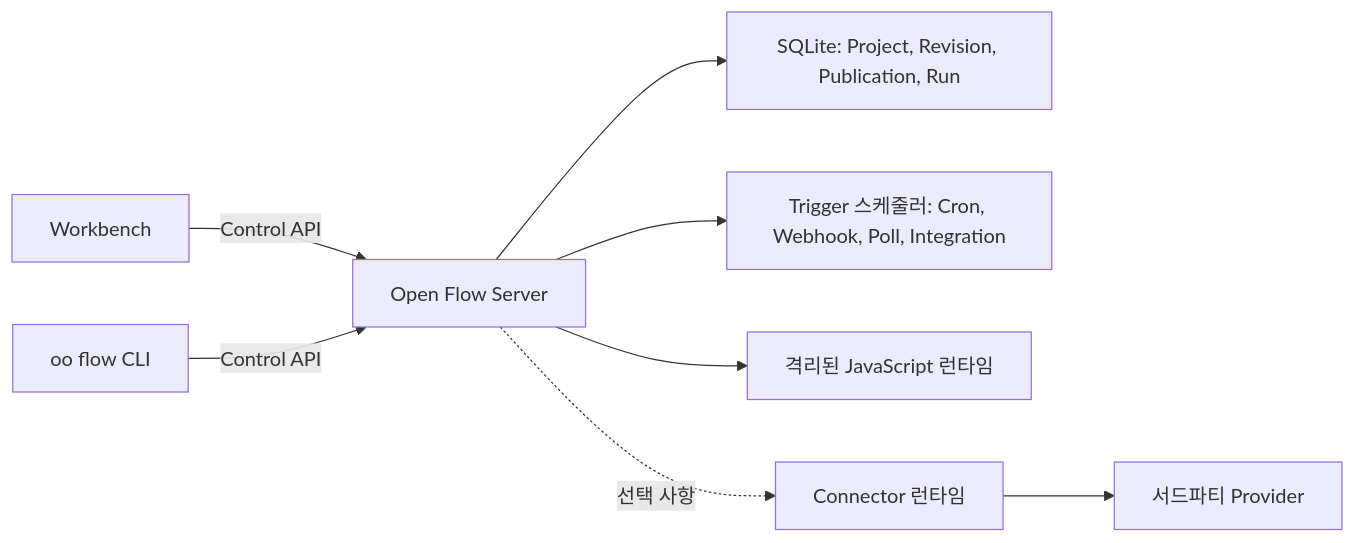
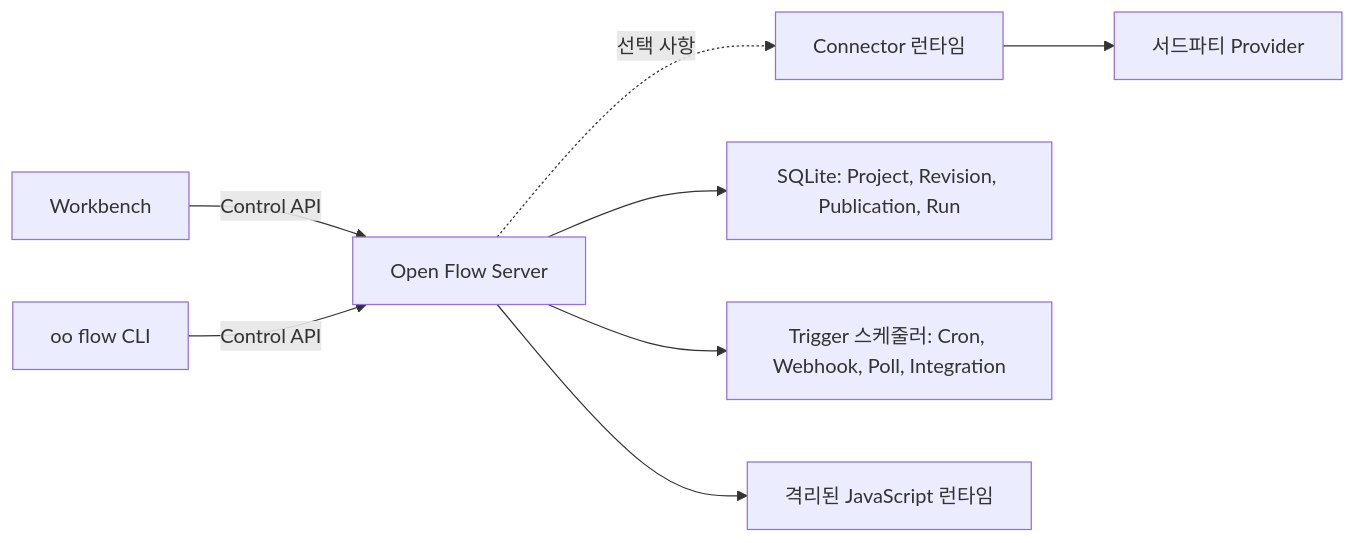
The diagram in docs/README.ko.md (l1shen/open-flow-oomo-lab), drawn with Mermaid before and after one commit. The commit also changed other lines of this file and 6 other files, not shown here.

First line of the commit message:
Fix README architecture diagram layout (#19)

````diff
--- a/docs/README.ko.md
+++ b/docs/README.ko.md
@@ -54,10 +54,10 @@
 ```mermaid
 flowchart LR
   Workbench["Workbench"] -->|"Control API"| Server["Open Flow Server"]
   CLI["oo flow CLI"] -->|"Control API"| Server
+  Server -. "선택 사항" .-> Connector["Connector 런타임"]
+  Connector --> Providers["서드파티 Provider"]
   Server --> Store["SQLite: Project, Revision, Publication, Run"]
   Server --> Triggers["Trigger 스케줄러: Cron, Webhook, Poll, Integration"]
   Server --> Runtime["격리된 JavaScript 런타임"]
-  Server -. "선택 사항" .-> Connector["Connector 런타임"]
-  Connector --> Providers["서드파티 Provider"]
 ```
````
